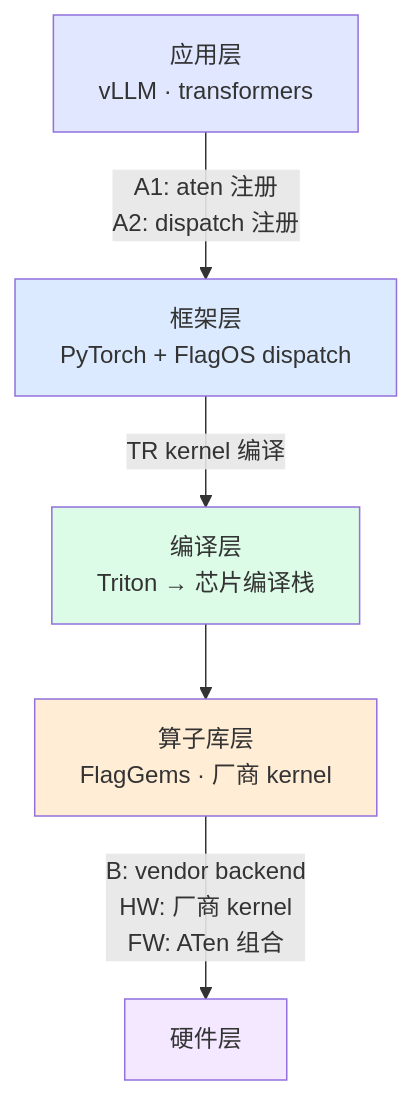
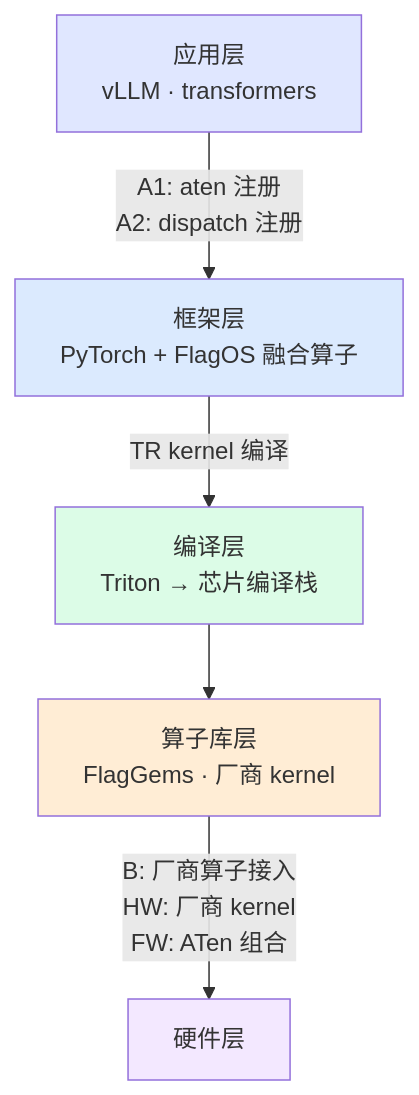
Before and after one commit to FLAG-OP/FlagOS-OP: the diagram in docs/architecture.md, drawn with Mermaid. The commit also changed other lines of this file and 15 other files, not shown here.

````diff
--- a/docs/architecture.md
+++ b/docs/architecture.md
@@ -42,19 +42,19 @@
 ```mermaid
 flowchart TB
     APP["应用层<br/>vLLM · transformers"]
-    FW["框架层<br/>PyTorch + FlagOS dispatch"]
+    FW["框架层<br/>PyTorch + FlagOS 融合算子"]
     COMP["编译层<br/>Triton → 芯片编译栈"]
     OPS["算子库层<br/>FlagGems · 厂商 kernel"]
     HW["硬件层"]
 
     APP -->|"A1: aten 注册<br/>A2: dispatch 注册"| FW
     FW -->|"TR kernel 编译"| COMP
     COMP --> OPS
-    OPS -->|"B: vendor backend<br/>HW: 厂商 kernel<br/>FW: ATen 组合"| HW
+    OPS -->|"B: 厂商算子接入<br/>HW: 厂商 kernel<br/>FW: ATen 组合"| HW
 
     style APP fill:#e0e7ff
     style FW fill:#dbeafe
     style COMP fill:#dcfce7
     style OPS fill:#ffedd5
     style HW fill:#f3e8ff
 ```
````
